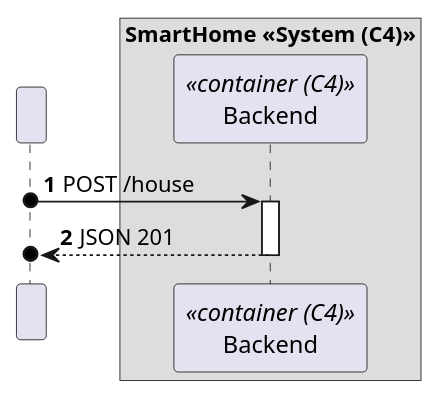
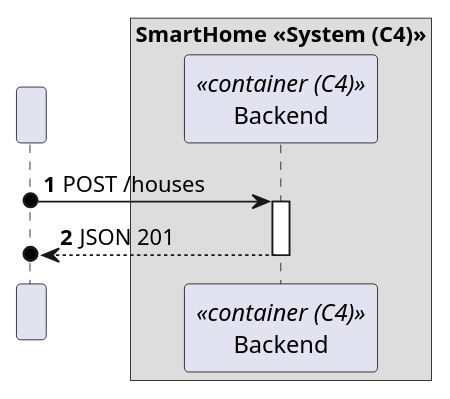
Before and after one commit to moutajDev/smarthome: the diagram in docs/C4_4plus1_models/Level2/ProcessView/ProcessViewLevel2_UC01.puml, drawn with PlantUML. The commit also changed 17 other files, not shown here.

```diff
--- a/docs/C4_4plus1_models/Level2/ProcessView/ProcessViewLevel2_UC01.puml
+++ b/docs/C4_4plus1_models/Level2/ProcessView/ProcessViewLevel2_UC01.puml
@@ -1,20 +1,20 @@
 @startuml
 'https://plantuml.com/sequence-diagram
 !pragma layout smetana
 
 autonumber
 
 
 participant " " as HTTP
 
 box "SmartHome <<System (C4)>>"
     participant "Backend" as BE <<container (C4)>>
 
 end box
 
-HTTP o-> BE : POST /house
+HTTP o-> BE : POST /houses
 activate BE
 BE -->o HTTP : JSON 201
 deactivate BE
 
 @enduml
```
